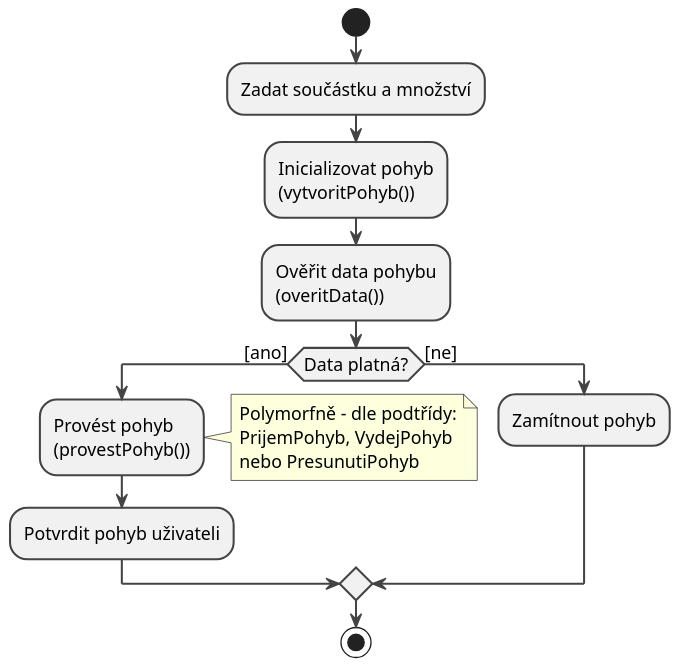
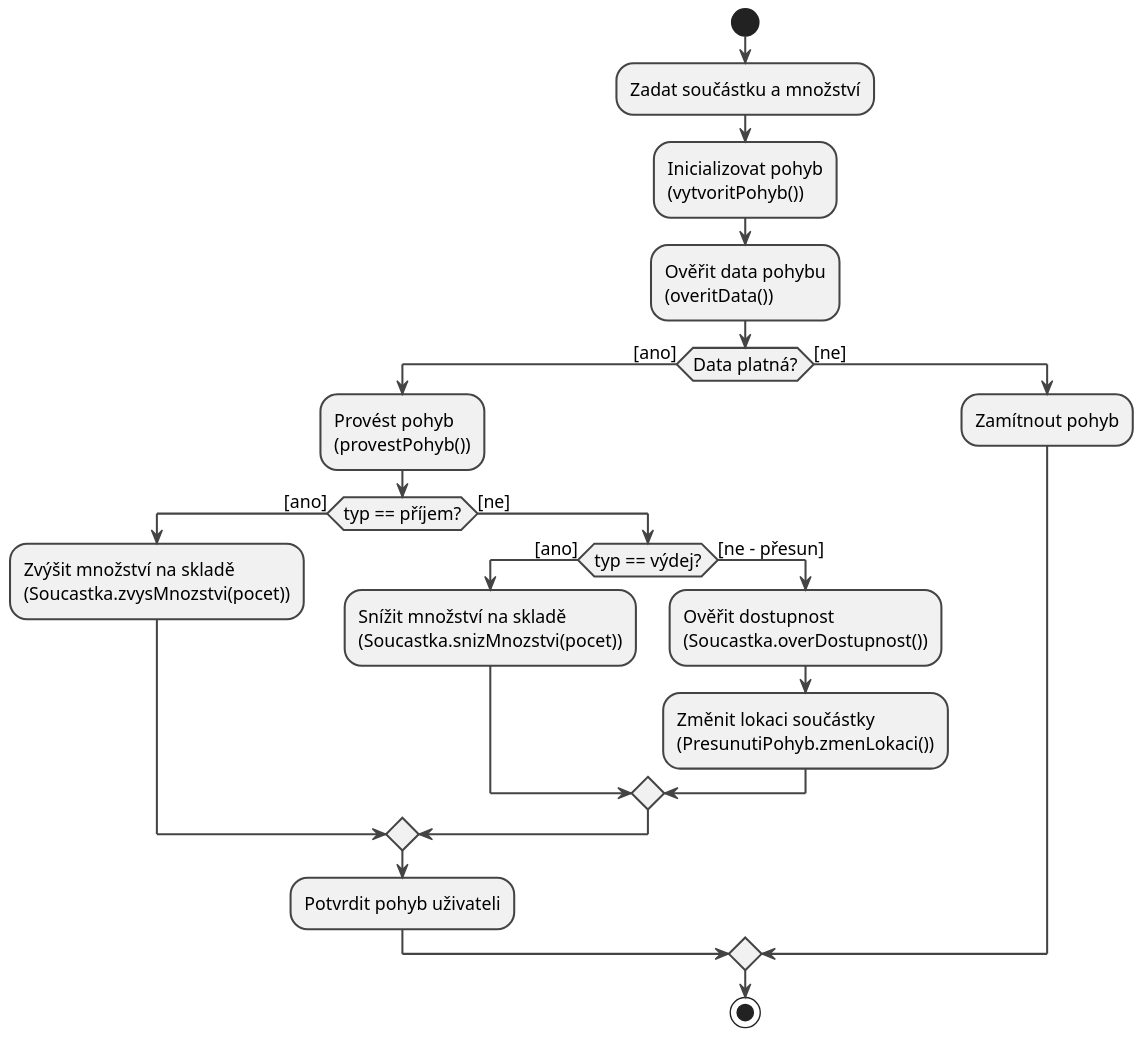
One commit to lkvapil/kOdevzdaniProjektWMS changed the diagram in diagrams/12_activity_wms.puml. Above: the diagram before and after it, drawn with PlantUML. The commit also changed 1 other file, not shown here.

Commit message:
Diagram aktivit – vráceno větvení dle typu pro přehlednost

```diff
--- a/diagrams/12_activity_wms.puml
+++ b/diagrams/12_activity_wms.puml
@@ -1,34 +1,38 @@
 @startuml
 scale 1.5
 skinparam defaultFontSize 13
 skinparam ArrowThickness 1.5
 skinparam ActivityBorderThickness 1.5
 skinparam ActivityDiamondBorderThickness 1.5
 skinparam ActivityBorderColor #444444
 skinparam ActivityDiamondBorderColor #444444
 skinparam ArrowColor #444444
 
-' Bod 5: polymorfismus – odstraněno větvení dle typu
-' provestPohyb() se chová dle konkrétní podtřídy automaticky
-
 start
 
 :Zadat součástku a množství;
 :Inicializovat pohyb\n(vytvoritPohyb());
 :Ověřit data pohybu\n(overitData());
 
 if (Data platná?) then ([ano])
   :Provést pohyb\n(provestPohyb());
-  note right
-    Polymorfně – dle podtřídy:
-    PrijemPohyb, VydejPohyb
-    nebo PresunutiPohyb
-  end note
+
+  if (typ == příjem?) then ([ano])
+    :Zvýšit množství na skladě\n(Soucastka.zvysMnozstvi(pocet));
+  else ([ne])
+    if (typ == výdej?) then ([ano])
+      :Snížit množství na skladě\n(Soucastka.snizMnozstvi(pocet));
+    else ([ne – přesun])
+      :Ověřit dostupnost\n(Soucastka.overDostupnost());
+      :Změnit lokaci součástky\n(PresunutiPohyb.zmenLokaci());
+    endif
+  endif
+
   :Potvrdit pohyb uživateli;
 
 else ([ne])
   :Zamítnout pohyb;
 endif
 
 stop
 @enduml
```
